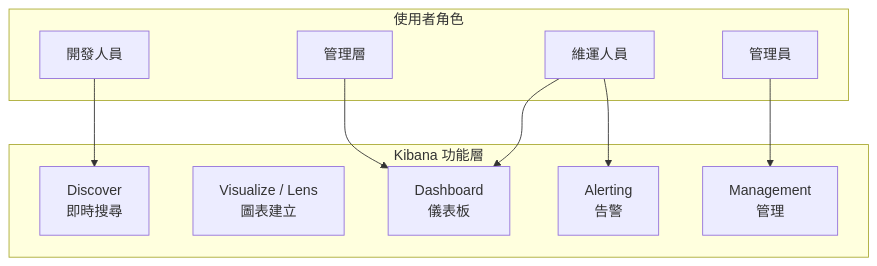
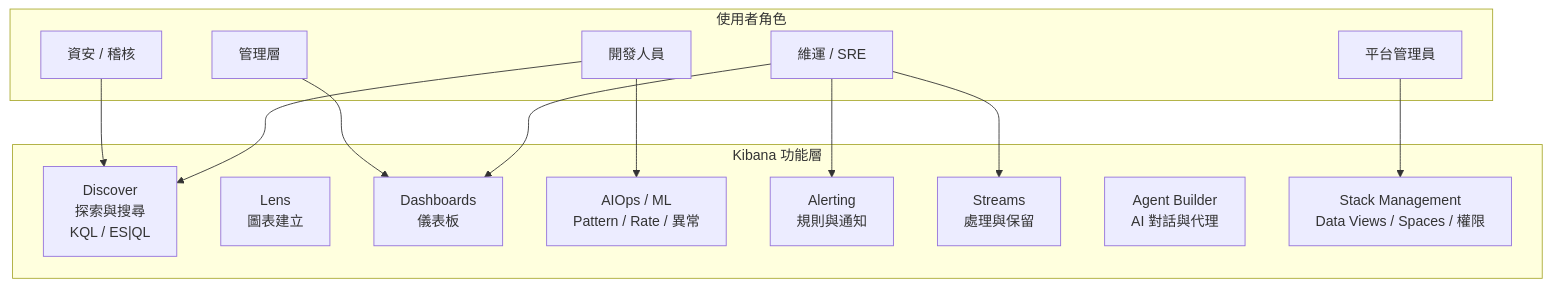
Before and after one commit to chihhung/Blog: the sixth of 19 diagrams in content/posts/教學/工具/Logs Visualization教學手冊.md, drawn with Mermaid. The commit also changed other lines of this file and 8 other files, not shown here.

````diff
--- a/content/posts/教學/工具/Logs Visualization教學手冊.md
+++ b/content/posts/教學/工具/Logs Visualization教學手冊.md
@@ -538,18 +821,24 @@
 ```mermaid
 graph TB
     subgraph "Kibana 功能層"
-        D[Discover<br/>即時搜尋]
-        V[Visualize / Lens<br/>圖表建立]
-        DB[Dashboard<br/>儀表板]
-        A[Alerting<br/>告警]
-        M[Management<br/>管理]
+        D["Discover<br/>探索與搜尋<br/>KQL / ES|QL"]
+        V[Lens<br/>圖表建立]
+        DB[Dashboards<br/>儀表板]
+        AN[AIOps / ML<br/>Pattern / Rate / 異常]
+        A[Alerting<br/>規則與通知]
+        ST[Streams<br/>處理與保留]
+        AG[Agent Builder<br/>AI 對話與代理]
+        M[Stack Management<br/>Data Views / Spaces / 權限]
     end
-    
+
     subgraph "使用者角色"
         DEV[開發人員] --> D
-        OPS[維運人員] --> DB
+        DEV --> AN
+        OPS[維運 / SRE] --> DB
         OPS --> A
+        OPS --> ST
         MGR[管理層] --> DB
-        ADMIN[管理員] --> M
+        SEC[資安 / 稽核] --> D
+        ADMIN[平台管理員] --> M
     end
 ```
````
